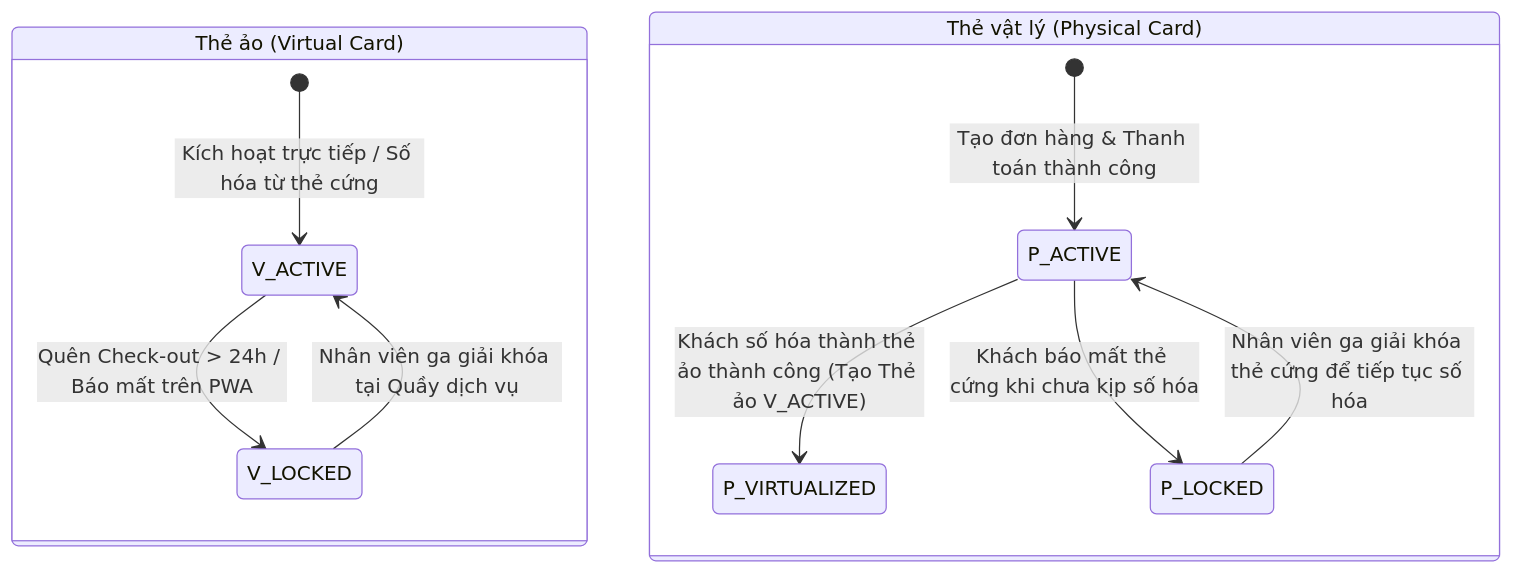
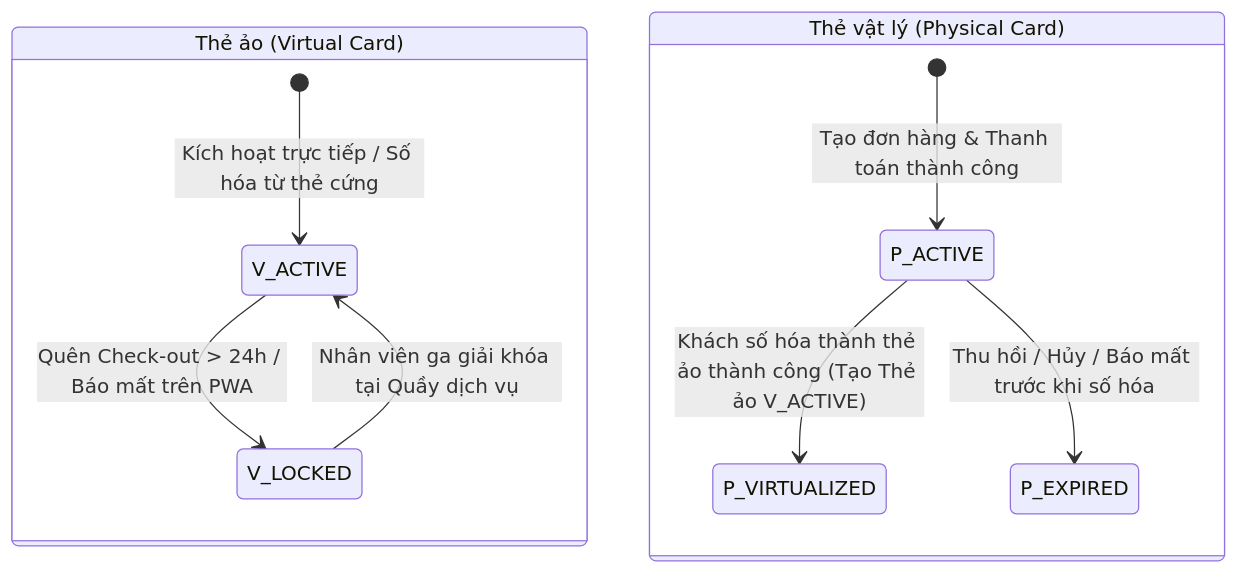
The third of 5 diagrams in document/SRS_MetroBusTicket.md (PhungMinhQuang0811/MetroBus_Ops_BE), drawn with Mermaid before and after one commit. The commit also changed other lines of this file and 4 other files, not shown here.

````diff
--- a/document/SRS_MetroBusTicket.md
+++ b/document/SRS_MetroBusTicket.md
@@ -569,15 +666,14 @@
 ```mermaid
 stateDiagram-v2
     state "Thẻ ảo (Virtual Card)" as VirtualCard {
         [*] --> V_ACTIVE : Kích hoạt trực tiếp / Số hóa từ thẻ cứng
         V_ACTIVE --> V_LOCKED : Quên Check-out > 24h / Báo mất trên PWA
         V_LOCKED --> V_ACTIVE : Nhân viên ga giải khóa tại Quầy dịch vụ
     }
 
     state "Thẻ vật lý (Physical Card)" as PhysicalCard {
         [*] --> P_ACTIVE : Tạo đơn hàng & Thanh toán thành công
         P_ACTIVE --> P_VIRTUALIZED : Khách số hóa thành thẻ ảo thành công (Tạo Thẻ ảo V_ACTIVE)
-        P_ACTIVE --> P_LOCKED : Khách báo mất thẻ cứng khi chưa kịp số hóa
-        P_LOCKED --> P_ACTIVE : Nhân viên ga giải khóa thẻ cứng để tiếp tục số hóa
+        P_ACTIVE --> P_EXPIRED : Thu hồi / Hủy / Báo mất trước khi số hóa
     }
 ```
````
